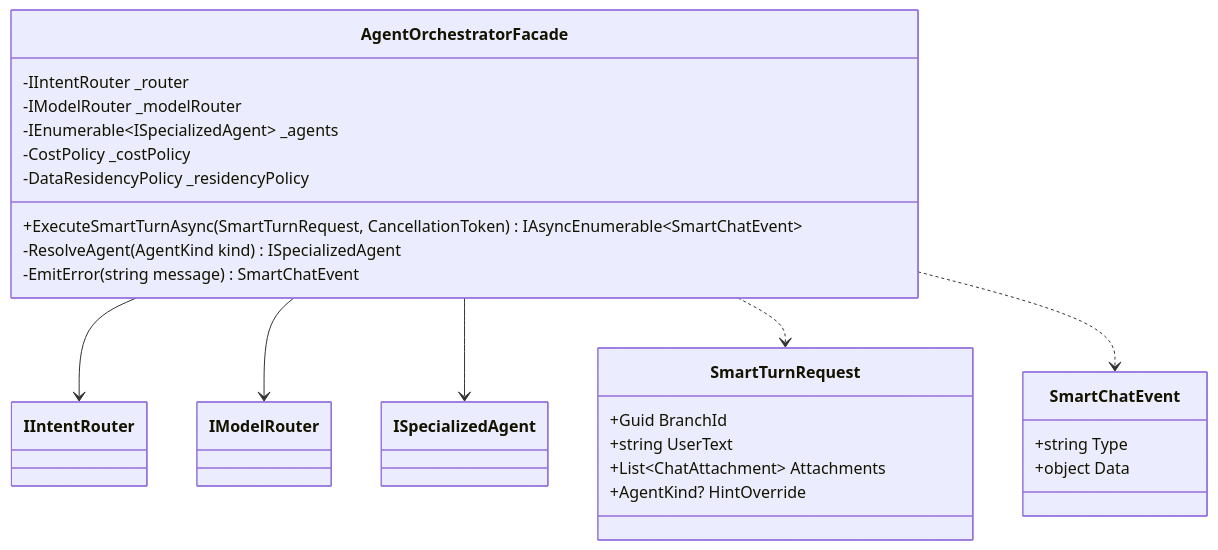
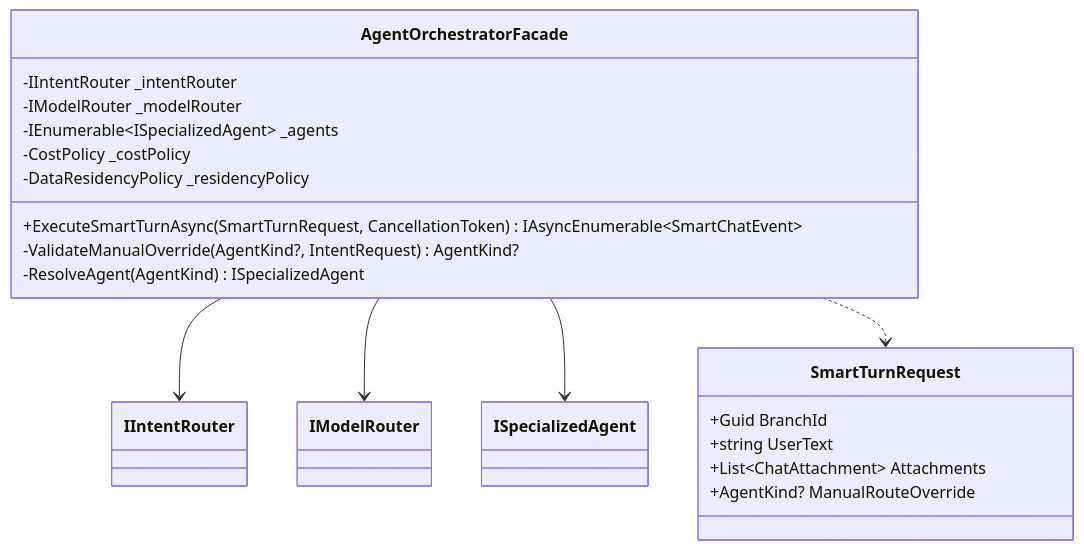
Before and after one commit to ekanatha-urivakili/EminentAiAgent: the fourth of 19 diagrams in docs/AGENT_2_AGENT_ARCHITECTURE.md, drawn with Mermaid. The commit also changed other lines of this file and 58 other files, not shown here.

````diff
--- a/docs/AGENT_2_AGENT_ARCHITECTURE.md
+++ b/docs/AGENT_2_AGENT_ARCHITECTURE.md
@@ -557,31 +535,25 @@
 ```mermaid
 classDiagram
     class AgentOrchestratorFacade {
-        -IIntentRouter _router
+        -IIntentRouter _intentRouter
         -IModelRouter _modelRouter
         -IEnumerable~ISpecializedAgent~ _agents
         -CostPolicy _costPolicy
         -DataResidencyPolicy _residencyPolicy
         +ExecuteSmartTurnAsync(SmartTurnRequest, CancellationToken) IAsyncEnumerable~SmartChatEvent~
-        -ResolveAgent(AgentKind kind) ISpecializedAgent
-        -EmitError(string message) SmartChatEvent
+        -ValidateManualOverride(AgentKind?, IntentRequest) AgentKind?
+        -ResolveAgent(AgentKind) ISpecializedAgent
     }
 
     class SmartTurnRequest {
         +Guid BranchId
         +string UserText
         +List~ChatAttachment~ Attachments
-        +AgentKind? HintOverride
-    }
-
-    class SmartChatEvent {
-        +string Type
-        +object Data
+        +AgentKind? ManualRouteOverride
     }
 
     AgentOrchestratorFacade --> IIntentRouter
     AgentOrchestratorFacade --> IModelRouter
     AgentOrchestratorFacade --> ISpecializedAgent
     AgentOrchestratorFacade ..> SmartTurnRequest
-    AgentOrchestratorFacade ..> SmartChatEvent
 ```
````
